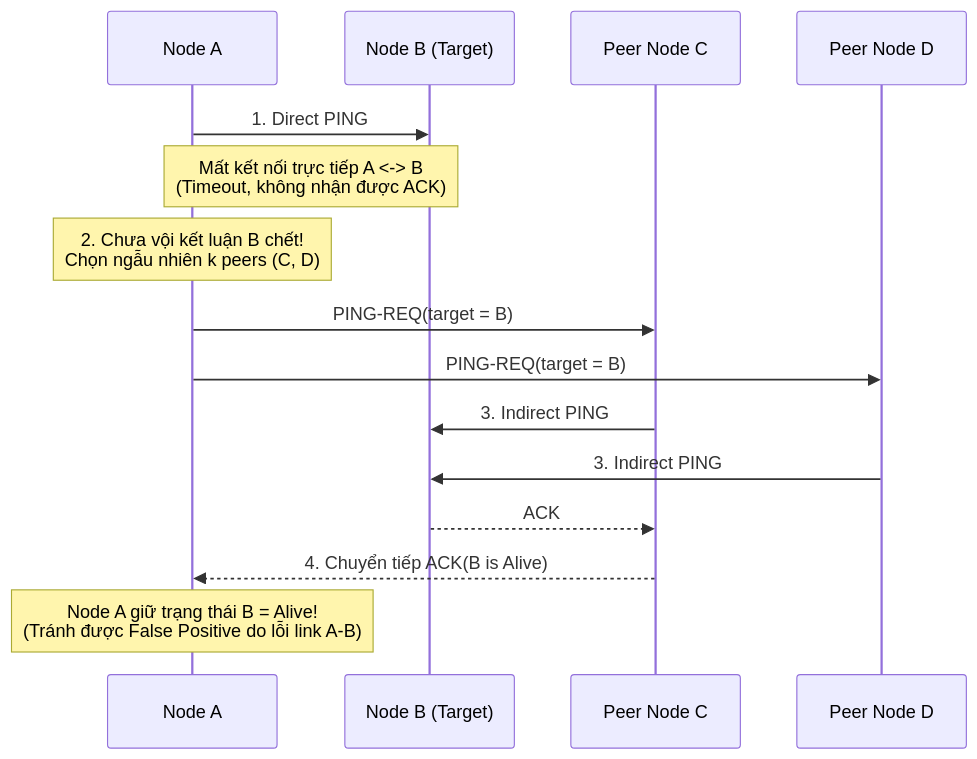
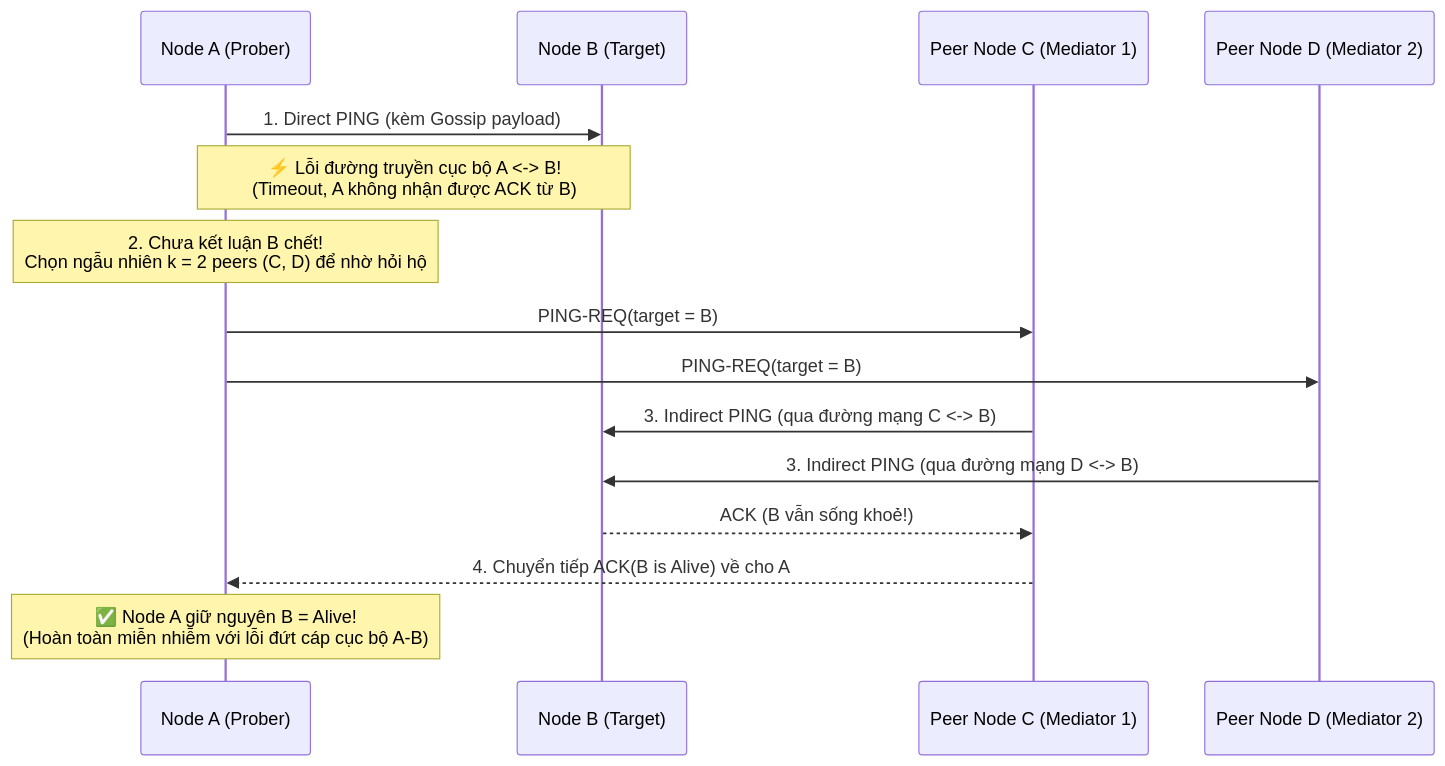
One commit to namaewanam/namaewanam.github.io changed the third of 3 diagrams in docs/Database-Internals-Notes/database-internals-chapter9.vi.md. Above: the diagram before and after it, drawn with Mermaid. The commit also changed other lines of this file and 29 other files, not shown here.

````diff
--- a/docs/Database-Internals-Notes/database-internals-chapter9.vi.md
+++ b/docs/Database-Internals-Notes/database-internals-chapter9.vi.md
@@ -121,18 +263,18 @@
 ```mermaid
 sequenceDiagram
-    participant A as Node A
+    participant A as Node A (Prober)
     participant B as Node B (Target)
-    participant C as Peer Node C
-    participant D as Peer Node D
+    participant C as Peer Node C (Mediator 1)
+    participant D as Peer Node D (Mediator 2)
 
-    A->>B: 1. Direct PING
-    Note over A,B: Mất kết nối trực tiếp A <-> B<br/>(Timeout, không nhận được ACK)
-    Note over A: 2. Chưa vội kết luận B chết!<br/>Chọn ngẫu nhiên k peers (C, D)
+    A->>B: 1. Direct PING (kèm Gossip payload)
+    Note over A,B: ⚡ Lỗi đường truyền cục bộ A <-> B!<br/>(Timeout, A không nhận được ACK từ B)
+    Note over A: 2. Chưa kết luận B chết!<br/>Chọn ngẫu nhiên k = 2 peers (C, D) để nhờ hỏi hộ
     A->>C: PING-REQ(target = B)
     A->>D: PING-REQ(target = B)
-    C->>B: 3. Indirect PING
-    D->>B: 3. Indirect PING
-    B-->>C: ACK
-    C-->>A: 4. Chuyển tiếp ACK(B is Alive)
-    Note over A: Node A giữ trạng thái B = Alive!<br/>(Tránh được False Positive do lỗi link A-B)
+    C->>B: 3. Indirect PING (qua đường mạng C <-> B)
+    D->>B: 3. Indirect PING (qua đường mạng D <-> B)
+    B-->>C: ACK (B vẫn sống khoẻ!)
+    C-->>A: 4. Chuyển tiếp ACK(B is Alive) về cho A
+    Note over A: ✅ Node A giữ nguyên B = Alive!<br/>(Hoàn toàn miễn nhiễm với lỗi đứt cáp cục bộ A-B)
 ```
````
